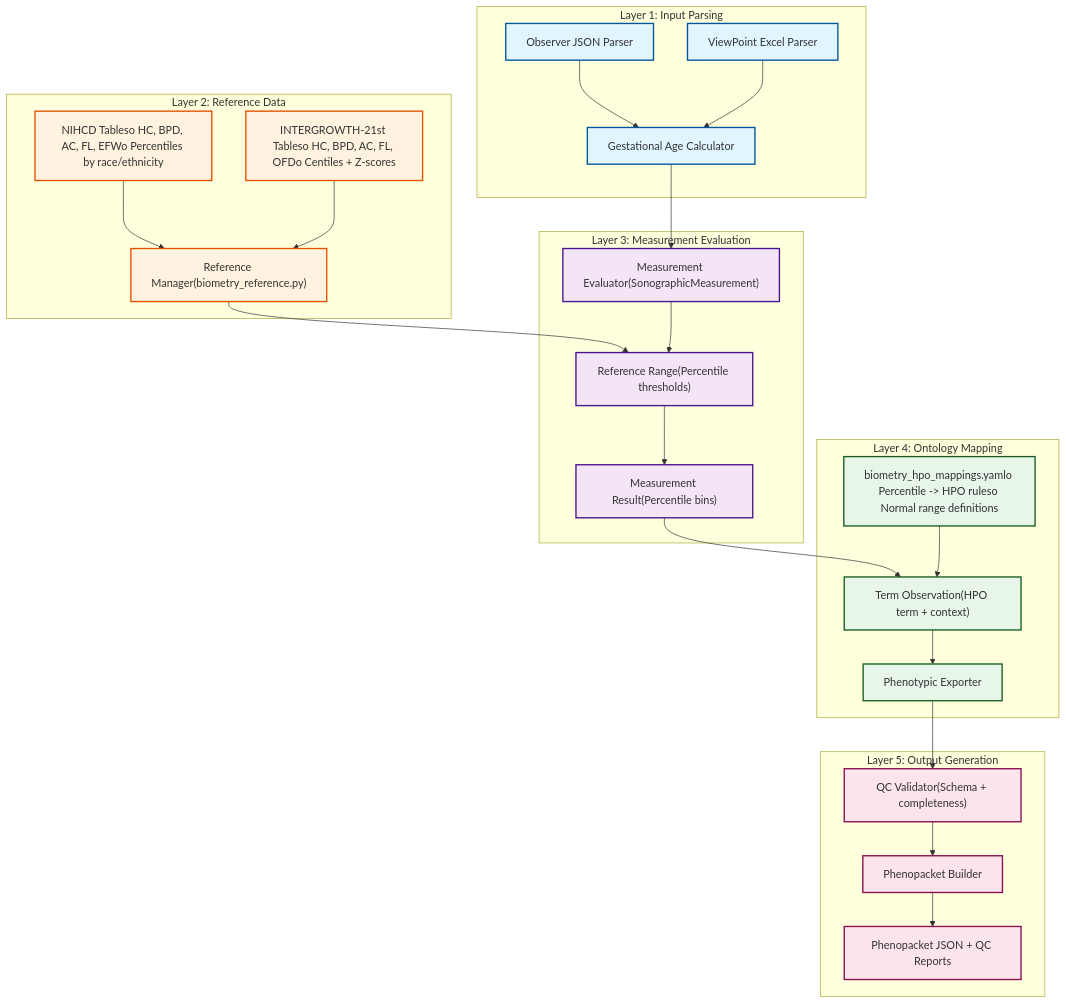
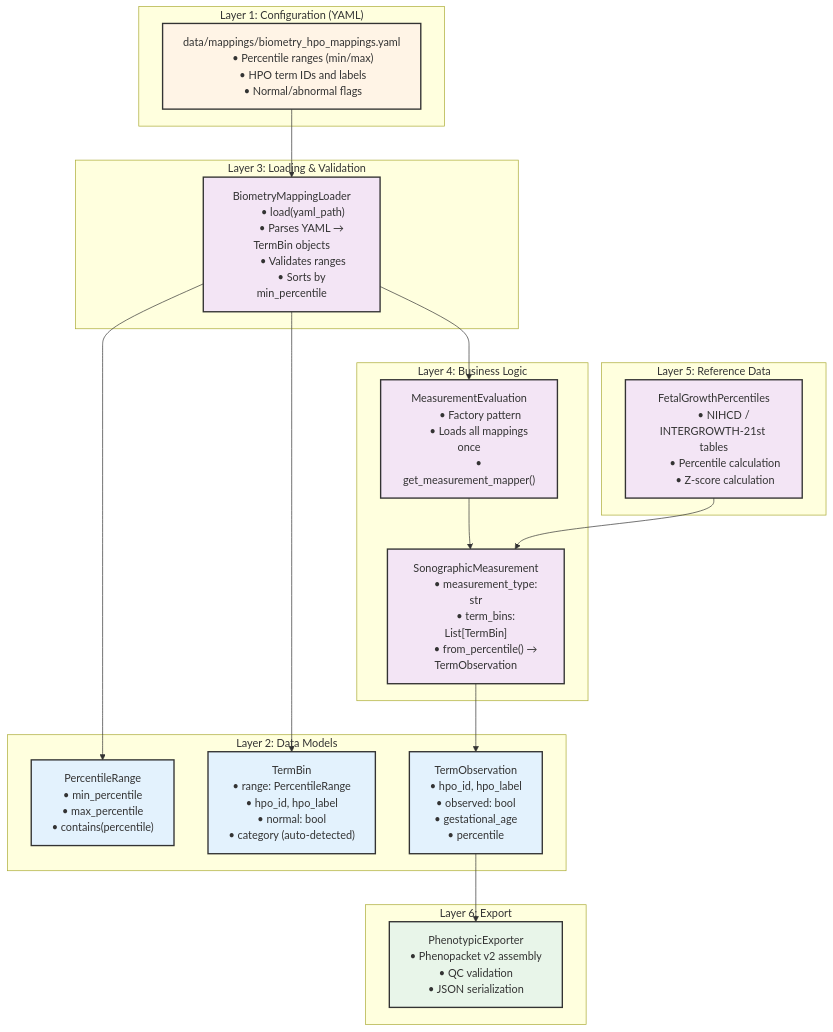
One commit to P2GX/prenatalppkt changed the first of 10 diagrams in README.md. Above: the diagram before and after it, drawn with Mermaid. The commit also changed other lines of this file, not shown here.

Commit message:
docs: revise project README with architecture and module breakdown

````diff
--- a/README.md
+++ b/README.md
@@ -166,62 +88,84 @@
 ```mermaid
 flowchart TD
-   subgraph L1["Layer 1: Input Parsing"]
-       JSON["Observer JSON Parser"]
-       XLSX["ViewPoint Excel Parser"]
-       GA["Gestational Age Calculator"]
-   end
+    subgraph L1["Layer 1: Configuration (YAML)"]
+        YAML["data/mappings/biometry_hpo_mappings.yaml
+        • Percentile ranges (min/max)
+        • HPO term IDs and labels
+        • Normal/abnormal flags"]
+    end
 
-   subgraph L2["Layer 2: Reference Data"]
-       NIHCD["NIHCD Tableso HC, BPD, AC, FL, EFWo Percentiles by race/ethnicity"]
-       IG21["INTERGROWTH-21st Tableso HC, BPD, AC, FL, OFDo Centiles + Z-scores"]
-       RefMgr["Reference Manager(biometry_reference.py)"]
-   end
+    subgraph L2["Layer 2: Data Models"]
+        PR["PercentileRange
+        • min_percentile
+        • max_percentile
+        • contains(percentile)"]
+        
+        TB["TermBin
+        • range: PercentileRange
+        • hpo_id, hpo_label
+        • normal: bool
+        • category (auto-detected)"]
+        
+        TO["TermObservation
+        • hpo_id, hpo_label
+        • observed: bool
+        • gestational_age
+        • percentile"]
+    end
 
-   subgraph L3["Layer 3: Measurement Evaluation"]
-       RR["Reference Range(Percentile thresholds)"]
-       Eval["Measurement Evaluator(SonographicMeasurement)"]
-       Result["Measurement Result(Percentile bins)"]
-   end
+    subgraph L3["Layer 3: Loading & Validation"]
+        Loader["BiometryMappingLoader
+        • load(yaml_path)
+        • Parses YAML → TermBin objects
+        • Validates ranges
+        • Sorts by min_percentile"]
+    end
 
-   subgraph L4["Layer 4: Ontology Mapping"]
-       YAML["biometry_hpo_mappings.yamlo Percentile -> HPO ruleso Normal range definitions"]
-       TermObs["Term Observation(HPO term + context)"]
-       Export["Phenotypic Exporter"]
-   end
+    subgraph L4["Layer 4: Business Logic"]
+        SM["SonographicMeasurement
+        • measurement_type: str
+        • term_bins: List[TermBin]
+        • from_percentile() → TermObservation"]
+        
+        Factory["MeasurementEvaluation
+        • Factory pattern
+        • Loads all mappings once
+        • get_measurement_mapper()"]
+    end
 
-   subgraph L5["Layer 5: Output Generation"]
-       QC["QC Validator(Schema + completeness)"]
-       PP["Phenopacket Builder"]
-       OUT["Phenopacket JSON + QC Reports"]
-   end
+    subgraph L5["Layer 5: Reference Data"]
+        Ref["FetalGrowthPercentiles
+        • NIHCD / INTERGROWTH-21st tables
+        • Percentile calculation
+        • Z-score calculation"]
+    end
 
-   JSON --> GA
-   XLSX --> GA
-   GA --> Eval
+    subgraph L6["Layer 6: Export"]
+        Export["PhenotypicExporter
+        • Phenopacket v2 assembly
+        • QC validation
+        • JSON serialization"]
+    end
 
-   NIHCD --> RefMgr
-   IG21 --> RefMgr
-   RefMgr --> RR
+    YAML --> Loader
+    Loader --> PR
+    Loader --> TB
+    
+    Loader --> Factory
+    Factory --> SM
+    SM --> TO
+    
+    Ref --> SM
+    TO --> Export
 
-   Eval --> RR
-   RR --> Result
-   Result --> TermObs
-
-   YAML --> TermObs
-   TermObs --> Export
-   Export --> QC
-   QC --> PP
-   PP --> OUT
-
-   classDef layer1 fill:#e1f5ff,stroke:#01579b,stroke-width:2px
-   classDef layer2 fill:#fff3e0,stroke:#e65100,stroke-width:2px
-   classDef layer3 fill:#f3e5f5,stroke:#4a148c,stroke-width:2px
-   classDef layer4 fill:#e8f5e9,stroke:#1b5e20,stroke-width:2px
-   classDef layer5 fill:#fce4ec,stroke:#880e4f,stroke-width:2px
-
-   class JSON,XLSX,GA layer1
-   class NIHCD,IG21,RefMgr layer2
-   class RR,Eval,Result layer3
-   class YAML,TermObs,Export layer4
-   class QC,PP,OUT layer5
+    classDef config fill:#fff4e6,stroke:#333,stroke-width:2px
+    classDef model fill:#e3f2fd,stroke:#333,stroke-width:2px
+    classDef logic fill:#f3e5f5,stroke:#333,stroke-width:2px
+    classDef export fill:#e8f5e9,stroke:#333,stroke-width:2px
+    
+    class YAML config
+    class PR,TB,TO model
+    class Loader,SM,Factory logic
+    class Ref logic
+    class Export export
 ```
````
